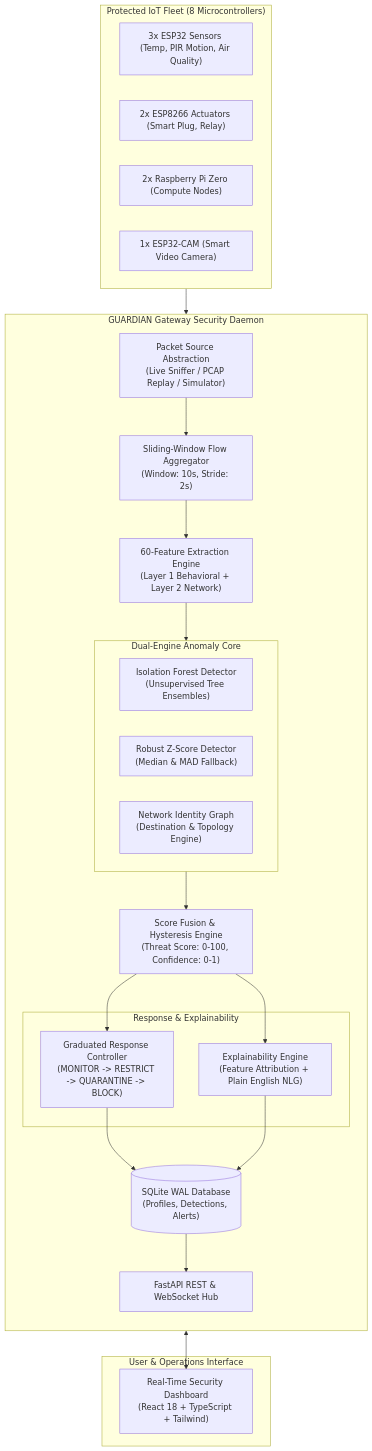
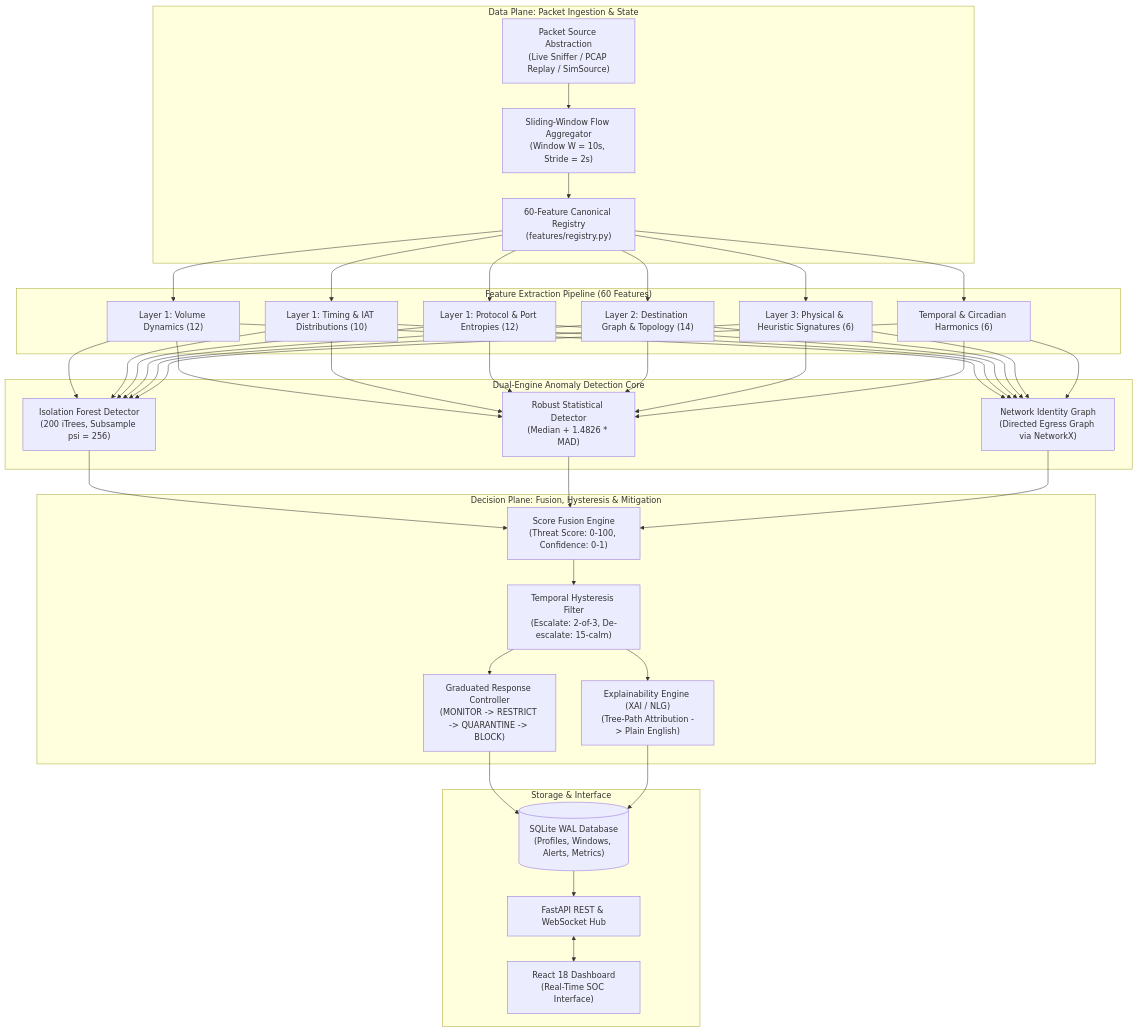
Before and after one commit to lumidren/Guardian: the diagram in README.md, drawn with Mermaid. The commit also changed other lines of this file, not shown here.

First line of the commit message:
docs(readme): expand mathematical formulations, threat model, and scientific analysis

````diff
--- a/README.md
+++ b/README.md
@@ -53,46 +69,44 @@
 ```mermaid
 flowchart TD
-    subgraph Fleet["Protected IoT Fleet (8 Microcontrollers)"]
-        ESP1["3x ESP32 Sensors (Temp, PIR Motion, Air Quality)"]
-        ESP2["2x ESP8266 Actuators (Smart Plug, Relay)"]
-        RPI["2x Raspberry Pi Zero (Compute Nodes)"]
-        CAM["1x ESP32-CAM (Smart Video Camera)"]
+    subgraph Data_Plane["Data Plane: Packet Ingestion & State"]
+        PktSource["Packet Source Abstraction\n(Live Sniffer / PCAP Replay / SimSource)"]
+        FlowTracker["Sliding-Window Flow Aggregator\n(Window W = 10s, Stride = 2s)"]
+        Registry["60-Feature Canonical Registry\n(features/registry.py)"]
     end
 
-    subgraph Gateway["GUARDIAN Gateway Security Daemon"]
-        direction TB
-        Source["Packet Source Abstraction\n(Live Sniffer / PCAP Replay / Simulator)"]
-        Agg["Sliding-Window Flow Aggregator\n(Window: 10s, Stride: 2s)"]
-        
-        FE["60-Feature Extraction Engine\n(Layer 1 Behavioral + Layer 2 Network)"]
-
-        subgraph Dual_Core["Dual-Engine Anomaly Core"]
-            IF["Isolation Forest Detector\n(Unsupervised Tree Ensembles)"]
-            Z["Robust Z-Score Detector\n(Median & MAD Fallback)"]
-            Net["Network Identity Graph\n(Destination & Topology Engine)"]
-        end
-
-        Fusion["Score Fusion & Hysteresis Engine\n(Threat Score: 0-100, Confidence: 0-1)"]
-        
-        subgraph Action_XAI["Response & Explainability"]
-            Resp["Graduated Response Controller\n(MONITOR -> RESTRICT -> QUARANTINE -> BLOCK)"]
-            XAI["Explainability Engine\n(Feature Attribution + Plain English NLG)"]
-        end
-
-        DB[("SQLite WAL Database\n(Profiles, Detections, Alerts)")]
-        API["FastAPI REST & WebSocket Hub"]
+    subgraph Feature_Extraction["Feature Extraction Pipeline (60 Features)"]
+        L1_Vol["Layer 1: Volume Dynamics (12)"]
+        L1_Time["Layer 1: Timing & IAT Distributions (10)"]
+        L1_Proto["Layer 1: Protocol & Port Entropies (12)"]
+        L2_Net["Layer 2: Destination Graph & Topology (14)"]
+        L3_Phys["Layer 3: Physical & Heuristic Signatures (6)"]
+        Temp["Temporal & Circadian Harmonics (6)"]
     end
 
-    subgraph Client["User & Operations Interface"]
-        UI["Real-Time Security Dashboard\n(React 18 + TypeScript + Tailwind)"]
+    subgraph Anomaly_Core["Dual-Engine Anomaly Detection Core"]
+        IForest["Isolation Forest Detector\n(200 iTrees, Subsample psi = 256)"]
+        RobustZ["Robust Statistical Detector\n(Median + 1.4826 * MAD)"]
+        NetGraph["Network Identity Graph\n(Directed Egress Graph via NetworkX)"]
     end
 
-    Fleet --> Source
-    Source --> Agg --> FE --> Dual_Core --> Fusion
-    Fusion --> Resp
-    Fusion --> XAI
-    Resp --> DB
+    subgraph Decision_Plane["Decision Plane: Fusion, Hysteresis & Mitigation"]
+        Fusion["Score Fusion Engine\n(Threat Score: 0-100, Confidence: 0-1)"]
+        Hysteresis["Temporal Hysteresis Filter\n(Escalate: 2-of-3, De-escalate: 15-calm)"]
+        Response["Graduated Response Controller\n(MONITOR -> RESTRICT -> QUARANTINE -> BLOCK)"]
+        XAI["Explainability Engine (XAI / NLG)\n(Tree-Path Attribution -> Plain English)"]
+    end
+
+    subgraph Storage_Control["Storage & Interface"]
+        DB[("SQLite WAL Database\n(Profiles, Windows, Alerts, Metrics)")]
+        FastAPI["FastAPI REST & WebSocket Hub"]
+        UI["React 18 Dashboard\n(Real-Time SOC Interface)"]
+    end
+
+    PktSource --> FlowTracker --> Registry
+    Registry --> L1_Vol & L1_Time & L1_Proto & L2_Net & L3_Phys & Temp
+    L1_Vol & L1_Time & L1_Proto & L2_Net & L3_Phys & Temp --> IForest & RobustZ & NetGraph
+    IForest & RobustZ & NetGraph --> Fusion --> Hysteresis --> Response & XAI
+    Response --> DB
     XAI --> DB
-    DB --> API
-    API <--> UI
+    DB --> FastAPI <--> UI
 ```
````
